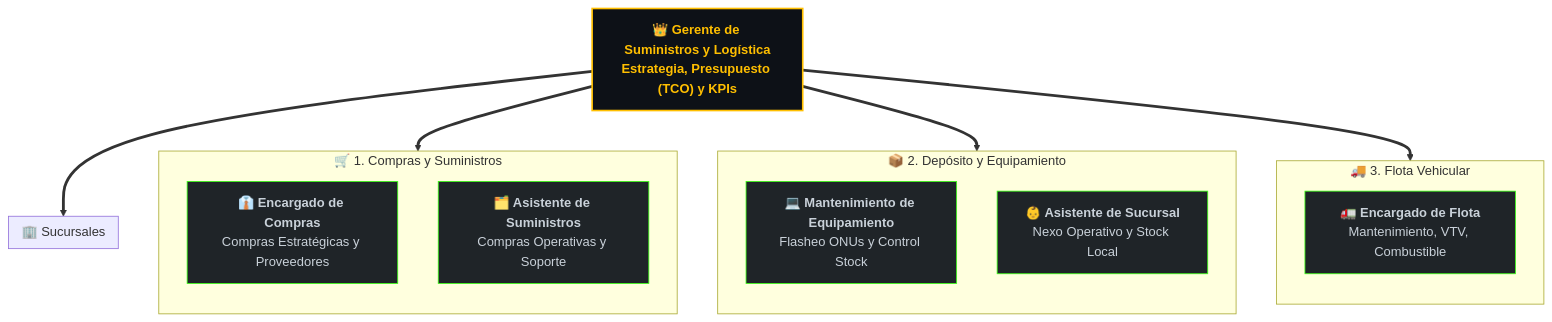
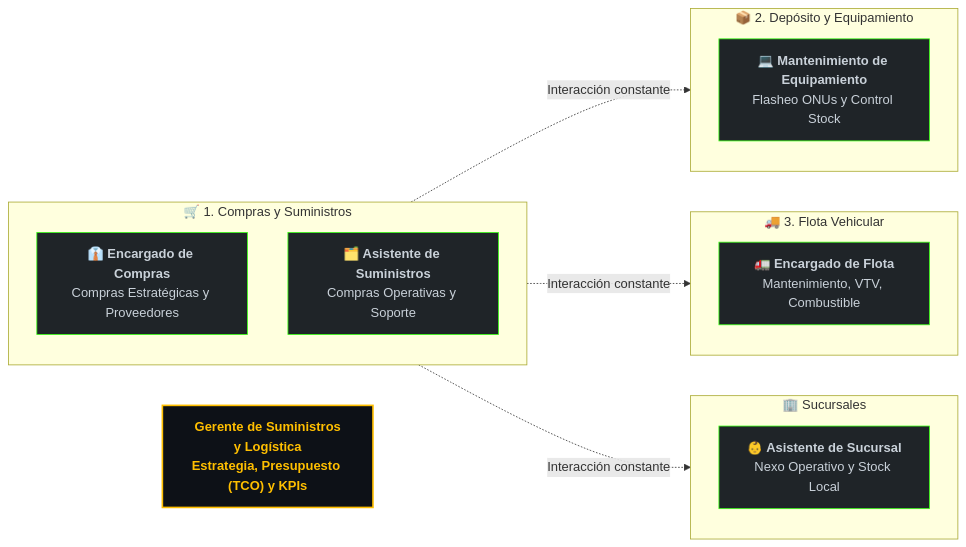
The diagram in docs/index.md (elingenierok/procedimientos-isp), drawn with Mermaid before and after one commit.

Commit message:
Change graph direction and update roles in index.md

````diff
--- a/docs/index.md
+++ b/docs/index.md
@@ -14,42 +14,40 @@
 ```mermaid
-graph TD
+graph LR
     classDef gerencia fill:#0d1117,stroke:#ffbf00,stroke-width:2px,color:#ffbf00,font-weight:bold;
     classDef area fill:#161b22,stroke:#00f3ff,stroke-width:2px,color:#00f3ff,font-weight:bold;
     classDef rol fill:#1f2428,stroke:#39ff14,stroke-width:1px,color:#c9d1d9,border-radius:5px;
 
     %% Liderazgo
-    GER["<b>👑 Gerente de Suministros y Logística</b><br>Estrategia, Presupuesto (TCO) y KPIs"]:::gerencia
+    GER["<b> Gerente de Suministros y Logística</b><br>Estrategia, Presupuesto (TCO) y KPIs"]:::gerencia
 
     %% Sub-Vertical 1
     subgraph SV1 ["🛒 1. Compras y Suministros"]
         direction TB
         R_COMP["<b>👔 Encargado de Compras</b><br>Compras Estratégicas y Proveedores"]:::rol
         R_ASIS["<b>🗂️ Asistente de Suministros</b><br>Compras Operativas y Soporte"]:::rol
     end
 
     %% Sub-Vertical 2
     subgraph SV2 ["📦 2. Depósito y Equipamiento"]
         direction TB
         R_MANT["<b>💻 Mantenimiento de Equipamiento</b><br>Flasheo ONUs y Control Stock"]:::rol
-        R_SUC["<b>👶 Asistente de Sucursal</b><br>Nexo Operativo y Stock Local"]:::rol
-        end
+    end
 
     %% Sub-Vertical 3
     subgraph SV3 ["🚚 3. Flota Vehicular"]
         direction TB
         R_FLOTA["<b>🚛 Encargado de Flota</b><br>Mantenimiento, VTV, Combustible"]:::rol
     end
 
     %% Sucursales
     subgraph SV4 ["🏢 Sucursales"]
         direction TB
         R_SUC["<b>👶 Asistente de Sucursal</b><br>Nexo Operativo y Stock Local"]:::rol
     end
 
-    %% Conexiones Jerárquicas
-    GER ==> SV1
-    GER ==> SV2
-    GER ==> SV3
- GER ==> SV4
+    %% Conexiones de Interacción (Líneas de puntos)
+    R_ASIS -.->|Interacción constante| SV2
+    R_ASIS -.->|Interacción constante| SV3
+    R_ASIS -.->|Interacción constante| SV4
 
    ```
````
